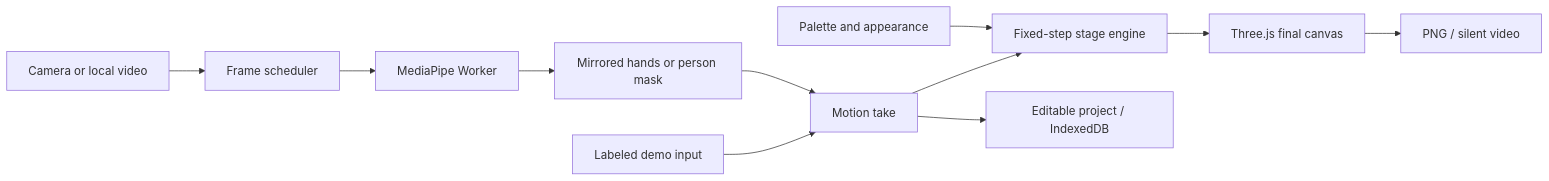
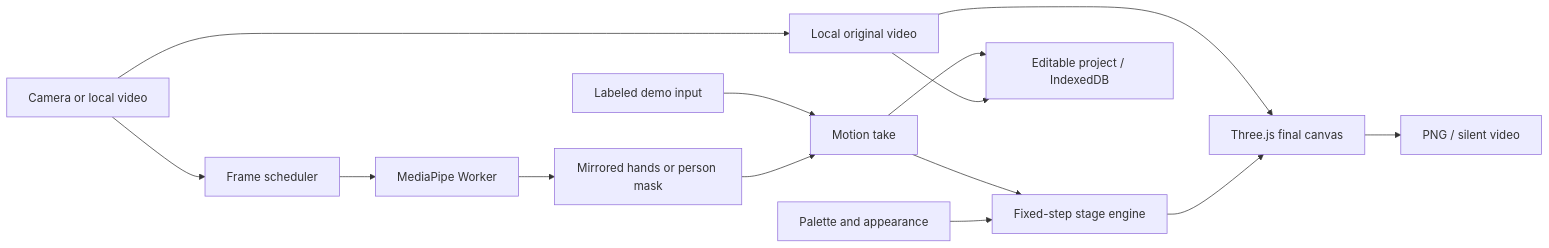
Before and after one commit to appleweiping/prism-stage: the diagram in README.md, drawn with Mermaid. The commit also changed other lines of this file and 64 other files, not shown here.

Commit message:
Add original-video composition and editable real-footage workflows

````diff
--- a/README.md
+++ b/README.md
@@ -114,13 +138,16 @@
 ```mermaid
 flowchart LR
   A[Camera or local video] --> B[Frame scheduler]
   B --> C[MediaPipe Worker]
   C --> D[Mirrored hands or person mask]
   E[Labeled demo input] --> F[Motion take]
   D --> F
+  A --> V[Local original video]
+  V --> H
   F --> G[Fixed-step stage engine]
   P[Palette and appearance] --> G
   G --> H[Three.js final canvas]
   F --> I[Editable project / IndexedDB]
+  V --> I
   H --> J[PNG / silent video]
 ```
````
